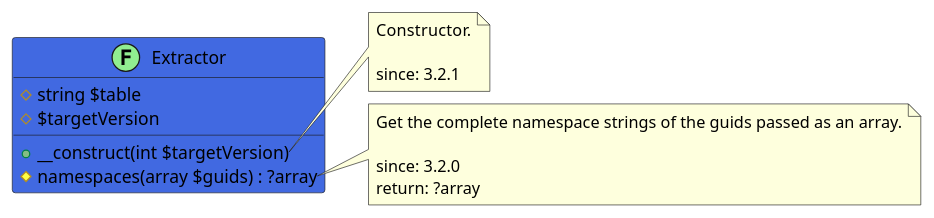
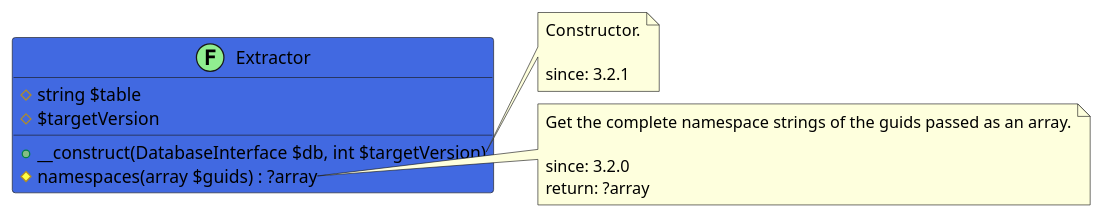
Before and after one commit to joomengine/jcb-compiler: the diagram in src/82505f3f-297f-4d75-a581-929ab3e93689/README.md, drawn with PlantUML. The commit also changed 440 other files, not shown here.

````diff
--- a/src/82505f3f-297f-4d75-a581-929ab3e93689/README.md
+++ b/src/82505f3f-297f-4d75-a581-929ab3e93689/README.md
@@ -6,25 +6,25 @@
 ```uml
 @startuml
 
 class Extractor << (F,LightGreen) >> #RoyalBlue {
   # string $table
   # $targetVersion
-  + __construct(int $targetVersion)
+  + __construct(DatabaseInterface $db, int $targetVersion)
   # namespaces(array $guids) : ?array
 }
 
 note right of Extractor::__construct
   Constructor.
 
   since: 3.2.1
 end note
 
 note right of Extractor::namespaces
   Get the complete namespace strings of the guids passed as an array.
 
   since: 3.2.0
   return: ?array
 end note
 
 @enduml
 ```
````
